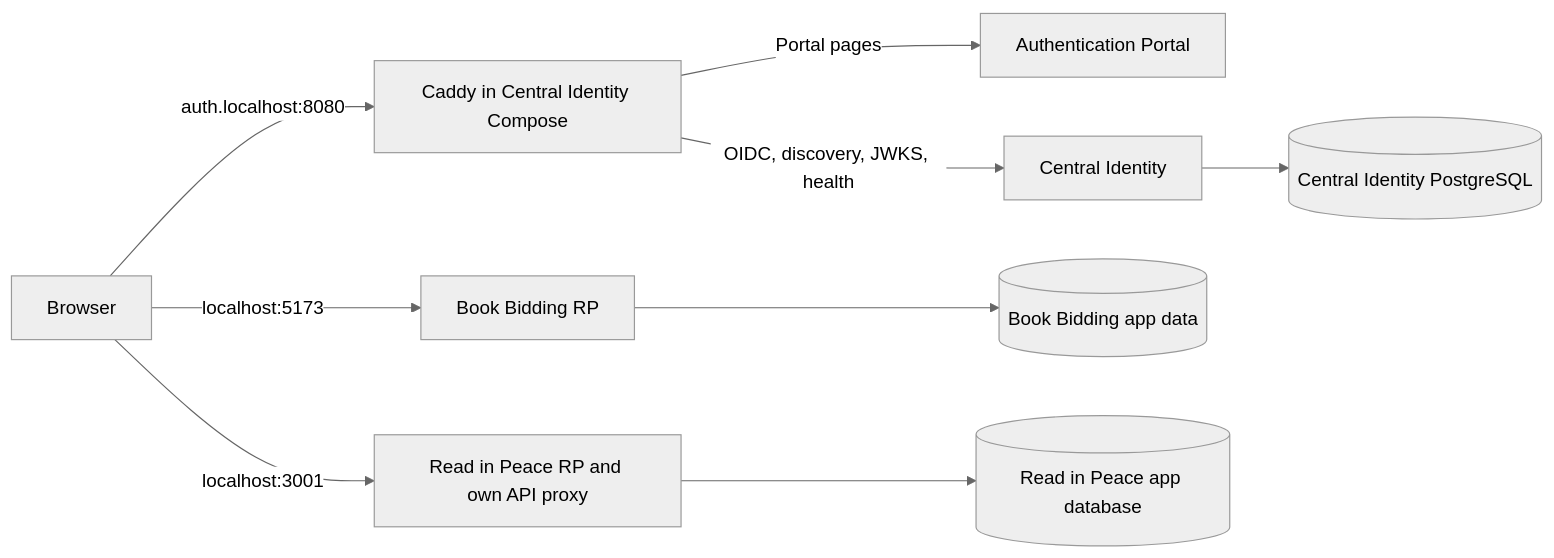
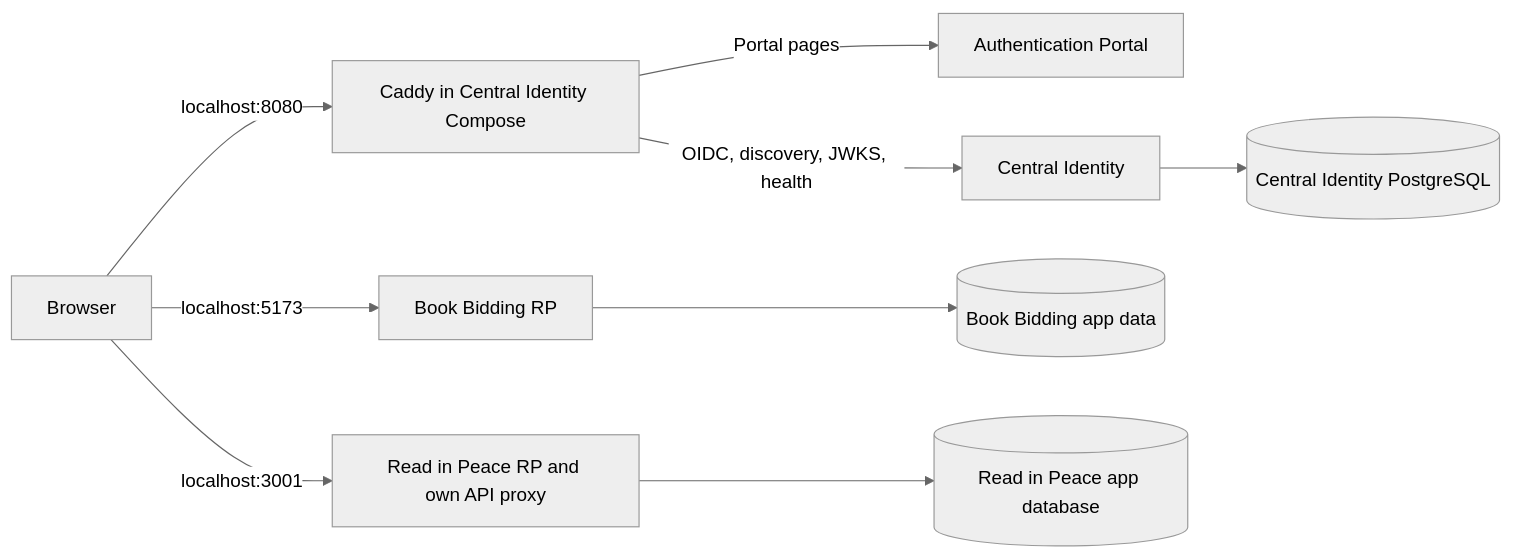
The first of 2 diagrams in README.md (narinsak-u/book-auth-middleware), drawn with Mermaid (neutral theme) before and after one commit. The commit also changed other lines of this file and 13 other files, not shown here.

````diff
--- a/README.md
+++ b/README.md
@@ -23,11 +23,11 @@
 ```mermaid
 flowchart LR
-    Browser -->|auth.localhost:8080| Gateway[Caddy in Central Identity Compose]
+    Browser -->|localhost:8080| Gateway[Caddy in Central Identity Compose]
     Gateway -->|Portal pages| Portal[Authentication Portal]
     Gateway -->|OIDC, discovery, JWKS, health| IdP[Central Identity]
     Browser -->|localhost:5173| Bidding[Book Bidding RP]
     Browser -->|localhost:3001| Reading[Read in Peace RP and own API proxy]
     IdP --> CentralDB[(Central Identity PostgreSQL)]
     Bidding --> BiddingData[(Book Bidding app data)]
     Reading --> ReadingData[(Read in Peace app database)]
 ```
````
